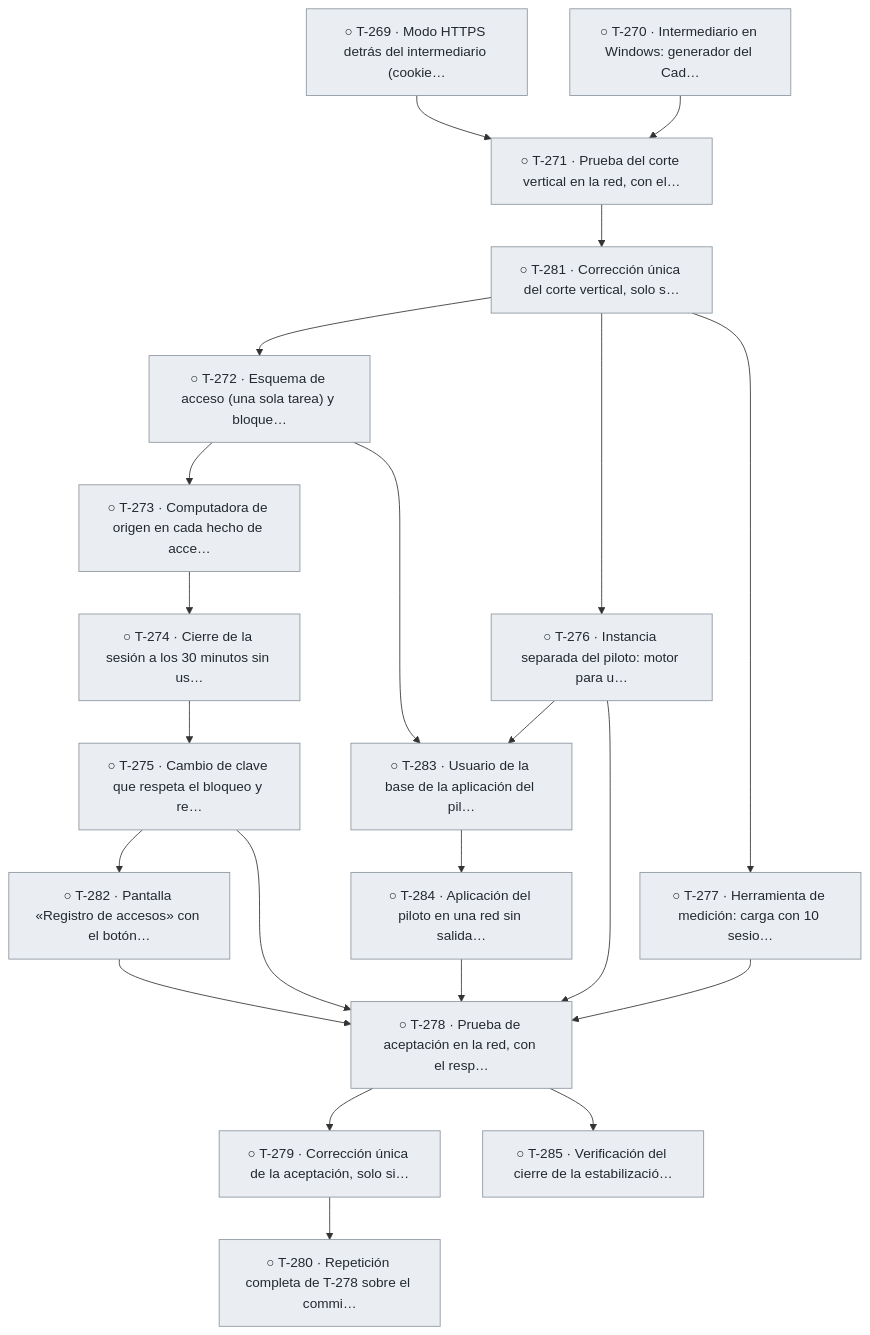
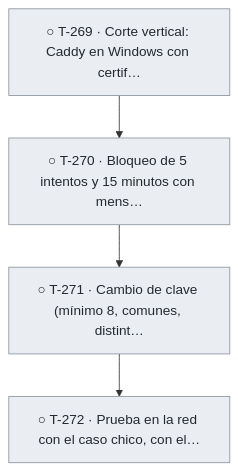
One commit to snavello/EVALUON changed the ninth of 19 diagrams in docs/tablero.md. Above: the diagram before and after it, drawn with Mermaid. The commit also changed other lines of this file and 6 other files, not shown here.

Commit message:
gestión: plan y tareas de la 007, versión 3 mínima (una sola instancia; ADR-0064 rechazado)

````diff
--- a/docs/tablero.md
+++ b/docs/tablero.md
@@ -853,46 +840,15 @@
 ```mermaid
 flowchart TD
-  T269["○ T-269 · Modo HTTPS detrás del intermediario (cookie…"]:::todo
-  T270["○ T-270 · Intermediario en Windows: generador del Cad…"]:::todo
-  T271["○ T-271 · Prueba del corte vertical en la red, con el…"]:::todo
-  T281["○ T-281 · Corrección única del corte vertical, solo s…"]:::todo
-  T272["○ T-272 · Esquema de acceso (una sola tarea) y bloque…"]:::todo
-  T273["○ T-273 · Computadora de origen en cada hecho de acce…"]:::todo
-  T274["○ T-274 · Cierre de la sesión a los 30 minutos sin us…"]:::todo
-  T275["○ T-275 · Cambio de clave que respeta el bloqueo y re…"]:::todo
-  T282["○ T-282 · Pantalla «Registro de accesos» con el botón…"]:::todo
-  T276["○ T-276 · Instancia separada del piloto: motor para u…"]:::todo
-  T283["○ T-283 · Usuario de la base de la aplicación del pil…"]:::todo
-  T284["○ T-284 · Aplicación del piloto en una red sin salida…"]:::todo
-  T277["○ T-277 · Herramienta de medición: carga con 10 sesio…"]:::todo
-  T278["○ T-278 · Prueba de aceptación en la red, con el resp…"]:::todo
-  T279["○ T-279 · Corrección única de la aceptación, solo si…"]:::todo
-  T280["○ T-280 · Repetición completa de T-278 sobre el commi…"]:::todo
-  T285["○ T-285 · Verificación del cierre de la estabilizació…"]:::todo
-  T269 --> T271
+  T269["○ T-269 · Corte vertical: Caddy en Windows con certif…"]:::todo
+  T270["○ T-270 · Bloqueo de 5 intentos y 15 minutos con mens…"]:::todo
+  T271["○ T-271 · Cambio de clave (mínimo 8, comunes, distint…"]:::todo
+  T272["○ T-272 · Prueba en la red con el caso chico, con el…"]:::todo
+  T269 --> T270
   T270 --> T271
-  T271 --> T281
-  T281 --> T272
-  T272 --> T273
-  T273 --> T274
-  T274 --> T275
-  T275 --> T282
-  T281 --> T276
-  T272 --> T283
-  T276 --> T283
-  T283 --> T284
-  T281 --> T277
-  T275 --> T278
-  T276 --> T278
-  T277 --> T278
-  T282 --> T278
-  T284 --> T278
-  T278 --> T279
-  T279 --> T280
-  T278 --> T285
+  T271 --> T272
   classDef done fill:#1a7f37,stroke:#116329,color:#ffffff
   classDef review fill:#0969da,stroke:#0550ae,color:#ffffff
   classDef active fill:#bf8700,stroke:#7d4e00,color:#ffffff
   classDef blocked fill:#cf222e,stroke:#a40e26,color:#ffffff
   classDef todo fill:#eaeef2,stroke:#8c959f,color:#24292f
 ```
````
